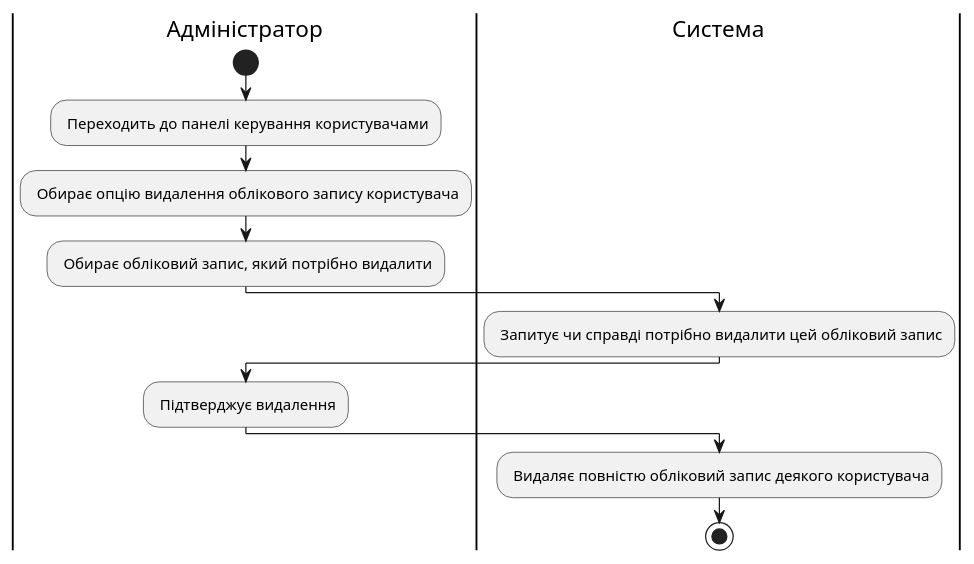
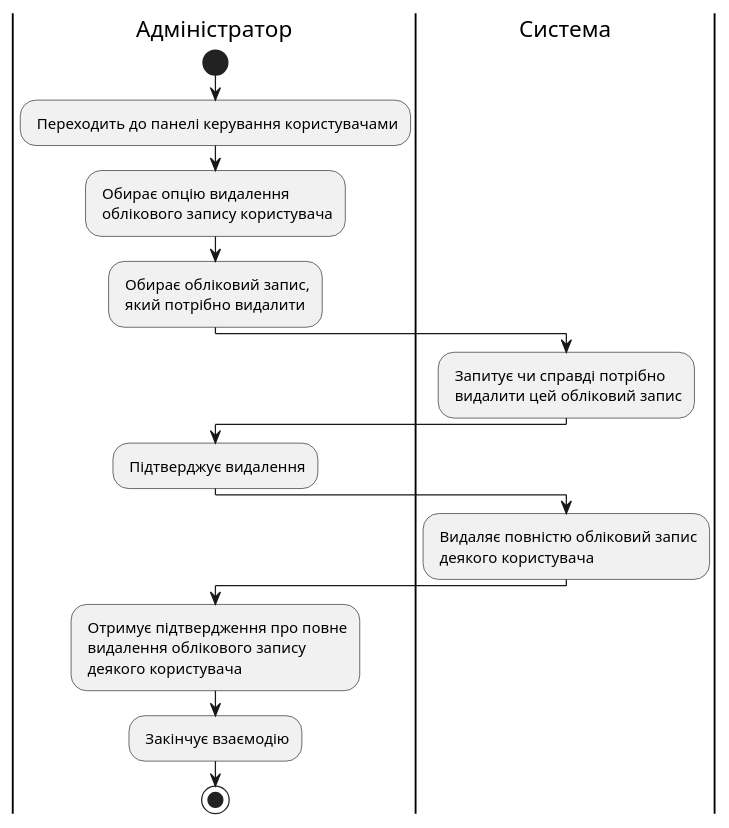
One commit to edu-db/edu_db_labs changed diagram 19 of 19 in docs/use cases/README.md. Above: the diagram before and after it, drawn with PlantUML. The commit also changed other lines of this file, not shown here.

```diff
--- a/docs/use cases/README.md
+++ b/docs/use cases/README.md
@@ -1399,19 +1497,23 @@
 @startuml
 
 |Адміністратор|
 start;
 : Переходить до панелі керування користувачами;
-: Обирає опцію видалення облікового запису користувача;
-: Обирає обліковий запис, який потрібно видалити;
+: Обирає опцію видалення\n облікового запису користувача;
+: Обирає обліковий запис,\n який потрібно видалити;
 
 |Система|
-: Запитує чи справді потрібно видалити цей обліковий запис;
+: Запитує чи справді потрібно\n видалити цей обліковий запис;
 
 |Адміністратор|
 : Підтверджує видалення;
 
 |Система|
-: Видаляє повністю обліковий запис деякого користувача;
- stop;
+: Видаляє повністю обліковий запис\n деякого користувача;
+
+|Адміністратор|
+: Отримує підтвердження про повне\n видалення облікового запису\n деякого користувача;
+: Закінчує взаємодію;
+stop;
 
 @enduml
```
